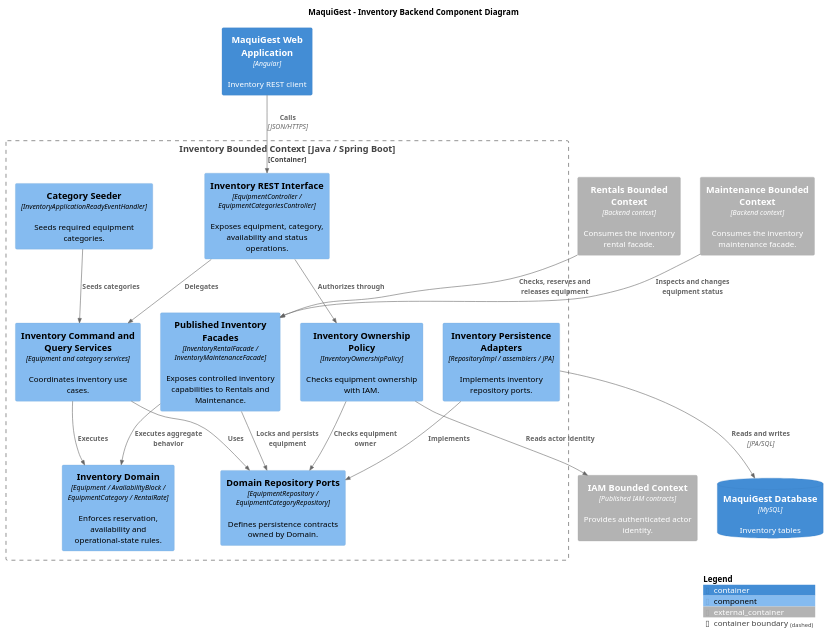
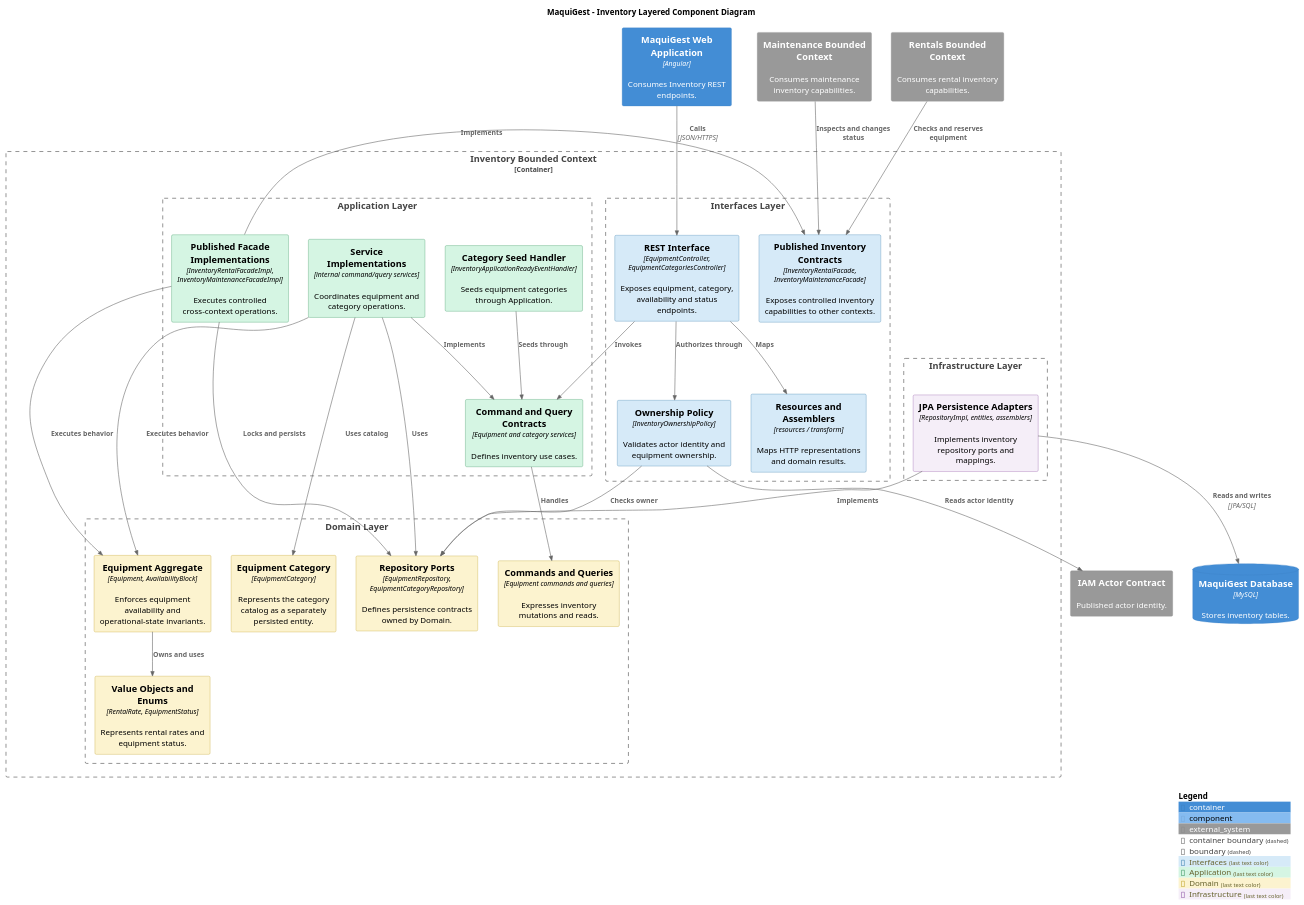
One commit to upc-pre-202620-1asi0729-7750-cleancode/maquigest-report changed the diagram in assets/plantuml/chapter-4/c4/component/backend/maquigest-backend-inventory-component-diagram.puml. Above: the diagram before and after it, drawn with PlantUML. The commit also changed 13 other files, not shown here.

Commit message:
fix(docs): correct backend component diagrams

```diff
--- a/assets/plantuml/chapter-4/c4/component/backend/maquigest-backend-inventory-component-diagram.puml
+++ b/assets/plantuml/chapter-4/c4/component/backend/maquigest-backend-inventory-component-diagram.puml
@@ -1,34 +1,63 @@
 @startuml
 !include _includes/C4_Component.puml
-title MaquiGest - Inventory Backend Component Diagram
-Container(spa, "MaquiGest Web Application", "Angular", "Inventory REST client")
-Container_Ext(iam, "IAM Bounded Context", "Published IAM contracts", "Provides authenticated actor identity.")
-Container_Ext(rentals, "Rentals Bounded Context", "Backend context", "Consumes the inventory rental facade.")
-Container_Ext(maintenance, "Maintenance Bounded Context", "Backend context", "Consumes the inventory maintenance facade.")
-Container_Boundary(inventory, "Inventory Bounded Context [Java / Spring Boot]") {
- Component(rest, "Inventory REST Interface", "EquipmentController / EquipmentCategoriesController", "Exposes equipment, category, availability and status operations.")
- Component(policy, "Inventory Ownership Policy", "InventoryOwnershipPolicy", "Checks equipment ownership with IAM.")
- Component(app, "Inventory Command and Query Services", "Equipment and category services", "Coordinates inventory use cases.")
- Component(facades, "Published Inventory Facades", "InventoryRentalFacade / InventoryMaintenanceFacade", "Exposes controlled inventory capabilities to Rentals and Maintenance.")
- Component(domain, "Inventory Domain", "Equipment / AvailabilityBlock / EquipmentCategory / RentalRate", "Enforces reservation, availability and operational-state rules.")
- Component(repoPorts, "Domain Repository Ports", "EquipmentRepository / EquipmentCategoryRepository", "Defines persistence contracts owned by Domain.")
- Component(persistence, "Inventory Persistence Adapters", "RepositoryImpl / assemblers / JPA", "Implements inventory repository ports.")
- Component(seed, "Category Seeder", "InventoryApplicationReadyEventHandler", "Seeds required equipment categories.")
+LAYOUT_TOP_DOWN()
+AddElementTag("Interfaces", $bgColor="#D6EAF8", $borderColor="#2471A3")
+AddElementTag("Application", $bgColor="#D5F5E3", $borderColor="#1E8449")
+AddElementTag("Domain", $bgColor="#FCF3CF", $borderColor="#B7950B")
+AddElementTag("Infrastructure", $bgColor="#F5EEF8", $borderColor="#7D3C98")
+title MaquiGest - Inventory Layered Component Diagram
+
+Container(spa, "MaquiGest Web Application", "Angular", "Consumes Inventory REST endpoints.")
+System_Ext(iam, "IAM Actor Contract", "Published actor identity.")
+System_Ext(rentals, "Rentals Bounded Context", "Consumes rental inventory capabilities.")
+System_Ext(maintenance, "Maintenance Bounded Context", "Consumes maintenance inventory capabilities.")
+ContainerDb(db, "MaquiGest Database", "MySQL", "Stores inventory tables.")
+
+Container_Boundary(context, "Inventory Bounded Context") {
+  Boundary(interfaces_layer, "Interfaces Layer") {
+    Component(inventoryRest, "REST Interface", "EquipmentController, EquipmentCategoriesController", "Exposes equipment, category, availability and status endpoints.", $tags="Interfaces")
+    Component(inventoryPolicy, "Ownership Policy", "InventoryOwnershipPolicy", "Validates actor identity and equipment ownership.", $tags="Interfaces")
+    Component(inventoryResources, "Resources and Assemblers", "resources / transform", "Maps HTTP representations and domain results.", $tags="Interfaces")
+    Component(inventoryPublished, "Published Inventory Contracts", "InventoryRentalFacade, InventoryMaintenanceFacade", "Exposes controlled inventory capabilities to other contexts.", $tags="Interfaces")
+  }
+  Boundary(application_layer, "Application Layer") {
+    Component(inventoryServices, "Command and Query Contracts", "Equipment and category services", "Defines inventory use cases.", $tags="Application")
+    Component(inventoryImpl, "Service Implementations", "internal command/query services", "Coordinates equipment and category operations.", $tags="Application")
+    Component(inventoryFacadeImpl, "Published Facade Implementations", "InventoryRentalFacadeImpl, InventoryMaintenanceFacadeImpl", "Executes controlled cross-context operations.", $tags="Application")
+    Component(inventorySeed, "Category Seed Handler", "InventoryApplicationReadyEventHandler", "Seeds equipment categories through Application.", $tags="Application")
+  }
+  Boundary(domain_layer, "Domain Layer") {
+    Component(inventoryAggregate, "Equipment Aggregate", "Equipment, AvailabilityBlock", "Enforces equipment availability and operational-state invariants.", $tags="Domain")
+    Component(inventoryCategory, "Equipment Category", "EquipmentCategory", "Represents the category catalog as a separately persisted entity.", $tags="Domain")
+    Component(inventoryValues, "Value Objects and Enums", "RentalRate, EquipmentStatus", "Represents rental rates and equipment status.", $tags="Domain")
+    Component(inventoryMessages, "Commands and Queries", "Equipment commands and queries", "Expresses inventory mutations and reads.", $tags="Domain")
+    Component(inventoryRepos, "Repository Ports", "EquipmentRepository, EquipmentCategoryRepository", "Defines persistence contracts owned by Domain.", $tags="Domain")
+  }
+  Boundary(infrastructure_layer, "Infrastructure Layer") {
+    Component(inventoryPersistence, "JPA Persistence Adapters", "RepositoryImpl, entities, assemblers", "Implements inventory repository ports and mappings.", $tags="Infrastructure")
+  }
 }
-ContainerDb(db, "MaquiGest Database", "MySQL", "Inventory tables")
-Rel(spa, rest, "Calls", "JSON/HTTPS")
-Rel(rest, policy, "Authorizes through")
-Rel(policy, iam, "Reads actor identity")
-Rel(policy, repoPorts, "Checks equipment owner")
-Rel(rest, app, "Delegates")
-Rel(app, domain, "Executes")
-Rel(app, repoPorts, "Uses")
-Rel(facades, domain, "Executes aggregate behavior")
-Rel(facades, repoPorts, "Locks and persists equipment")
-Rel(rentals, facades, "Checks, reserves and releases equipment")
-Rel(maintenance, facades, "Inspects and changes equipment status")
-Rel(persistence, repoPorts, "Implements")
-Rel(persistence, db, "Reads and writes", "JPA/SQL")
-Rel(seed, app, "Seeds categories")
+
+Rel(spa, inventoryRest, "Calls", "JSON/HTTPS")
+Rel(inventoryRest, inventoryPolicy, "Authorizes through")
+Rel(inventoryPolicy, iam, "Reads actor identity")
+Rel(inventoryPolicy, inventoryRepos, "Checks owner")
+Rel(inventoryRest, inventoryResources, "Maps")
+Rel(inventoryRest, inventoryServices, "Invokes")
+Rel(inventoryImpl, inventoryServices, "Implements")
+Rel(inventoryImpl, inventoryAggregate, "Executes behavior")
+Rel(inventoryImpl, inventoryCategory, "Uses catalog")
+Rel(inventoryImpl, inventoryRepos, "Uses")
+Rel(inventoryServices, inventoryMessages, "Handles")
+Rel(inventoryAggregate, inventoryValues, "Owns and uses")
+Rel(inventoryFacadeImpl, inventoryPublished, "Implements")
+Rel(inventoryFacadeImpl, inventoryAggregate, "Executes behavior")
+Rel(inventoryFacadeImpl, inventoryRepos, "Locks and persists")
+Rel(inventorySeed, inventoryServices, "Seeds through")
+Rel(inventoryPersistence, inventoryRepos, "Implements")
+Rel(inventoryPersistence, db, "Reads and writes", "JPA/SQL")
+Rel(rentals, inventoryPublished, "Checks and reserves equipment")
+Rel(maintenance, inventoryPublished, "Inspects and changes status")
+
 SHOW_LEGEND()
 @enduml
```
